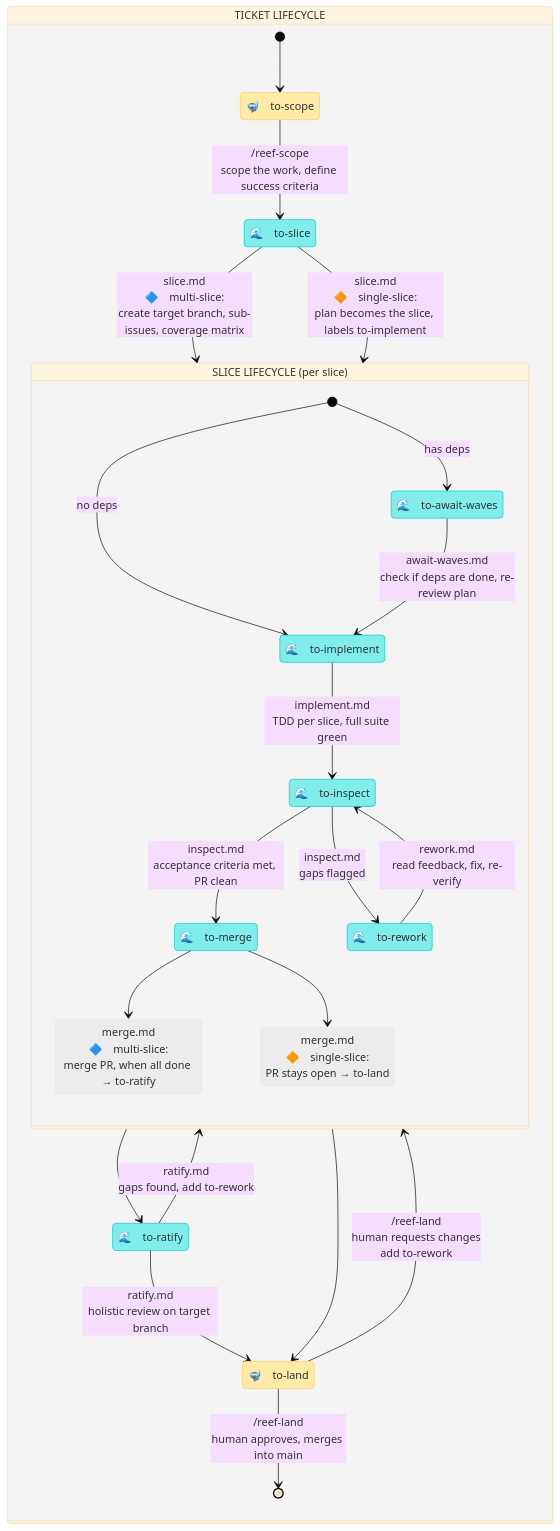
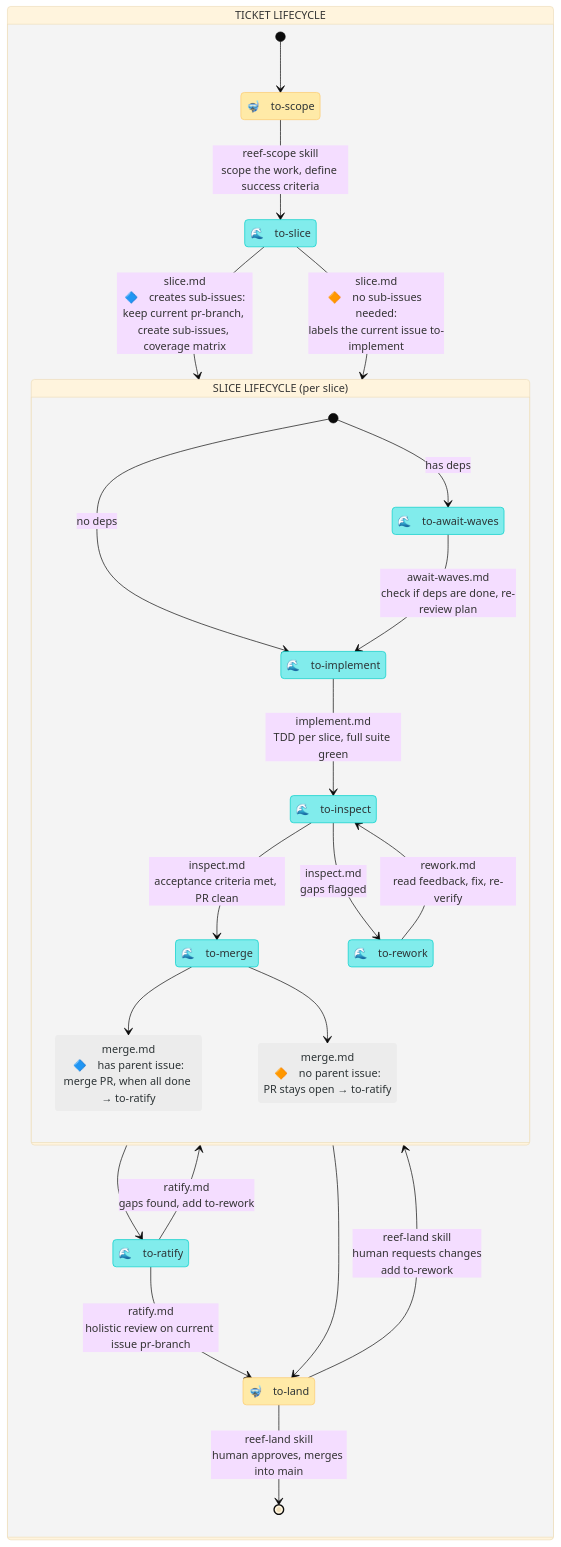
One commit to mesqueeb/moonjelly-reef changed the diagram in README.md. Above: the diagram before and after it, drawn with Mermaid (base theme). The commit also changed other lines of this file and 16 other files, not shown here.

First line of the commit message:
Eliminate target-branch: unify all tickets to base-branch + pr-branch (#142)

````diff
--- a/README.md
+++ b/README.md
@@ -30,51 +30,51 @@
 ```mermaid
 stateDiagram-v2
     direction TB
 
     classDef human fill:#ffeaa7,stroke:#fdcb6e,color:#2d3436
     classDef agent fill:#81ecec,stroke:#00cec9,color:#2d3436
     classDef arrow fill:#ececec,stroke:#ffffff00,color:#2d3436
 
     state "TICKET LIFECYCLE" as work {
 
         state "🤿　to-scope" as to_scope
         state "🌊　to-slice" as to_slice
         state "🌊　to-ratify" as to_ratify
         state "🤿　to-land" as to_land
 
         [*] --> to_scope
-        to_scope --> to_slice : /reef-scope<br />scope the work, define success criteria
-        to_slice --> slice_lifecycle : slice.md<br />🔷　multi-slice:<br />create target branch, sub-issues, coverage matrix
-        to_slice --> slice_lifecycle : slice.md<br />🔶　single-slice:<br />plan becomes the slice, labels to-implement
+        to_scope --> to_slice : reef-scope skill<br />scope the work, define success criteria
+        to_slice --> slice_lifecycle : slice.md<br />🔷　creates sub-issues:<br />keep current pr-branch, create sub-issues, coverage matrix
+       to_slice --> slice_lifecycle : slice.md<br />🔶　no sub-issues needed:<br />labels the current issue to-implement
         slice_lifecycle --> to_ratify
         slice_lifecycle --> to_land
-        to_ratify --> to_land : ratify.md<br />holistic review on target branch
+        to_ratify --> to_land : ratify.md<br />holistic review on current issue pr-branch
         to_ratify --> slice_lifecycle : ratify.md<br />gaps found, add to-rework
-        to_land --> [*] : /reef-land<br />human approves, merges into main
-        to_land --> slice_lifecycle : /reef-land<br />human requests changes<br />add to-rework
+        to_land --> [*] : reef-land skill<br />human approves, merges into main
+        to_land --> slice_lifecycle : reef-land skill<br />human requests changes<br />add to-rework
     }
 
     state "SLICE LIFECYCLE (per slice)" as slice_lifecycle {
 
         state "🌊　to-await-waves" as to_await
         state "🌊　to-implement" as to_implement
         state "🌊　to-inspect" as to_inspect
         state "🌊　to-rework" as to_rework
         state "🌊　to-merge" as to_merge
-        state "merge.md<br />🔷　multi-slice:<br />merge PR, when all done → to-ratify" as merge_multi
-        state "merge.md<br />🔶　single-slice:<br />PR stays open → to-land" as merge_single
+        state "merge.md<br />🔷　has parent issue:<br />merge PR, when all done → to-ratify" as merge_multi
+        state "merge.md<br />🔶　no parent issue:<br />PR stays open → to-ratify" as merge_single
         [*] --> to_implement : no deps
         [*] --> to_await : has deps
         to_await --> to_implement : await-waves.md<br />check if deps are done, re-review plan
         to_implement --> to_inspect : implement.md<br />TDD per slice, full suite green
         to_inspect --> to_merge : inspect.md<br />acceptance criteria met, PR clean
         to_inspect --> to_rework : inspect.md<br />gaps flagged
         to_rework --> to_inspect : rework.md<br />read feedback, fix, re-verify
         to_merge --> merge_multi
         to_merge --> merge_single
     }
 
     class to_scope,to_land human
     class to_slice,to_ratify,plan_rework,to_await,to_implement,to_inspect,to_rework,to_merge agent
     class merge_multi,merge_single arrow
 ```
````
